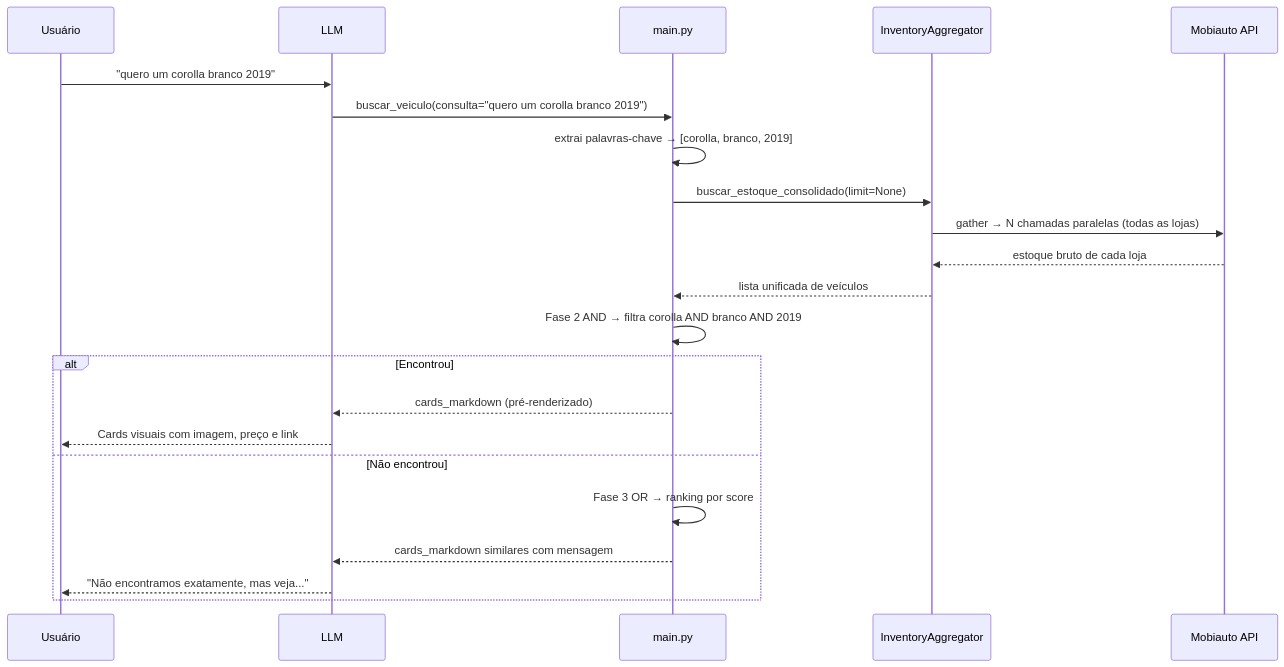
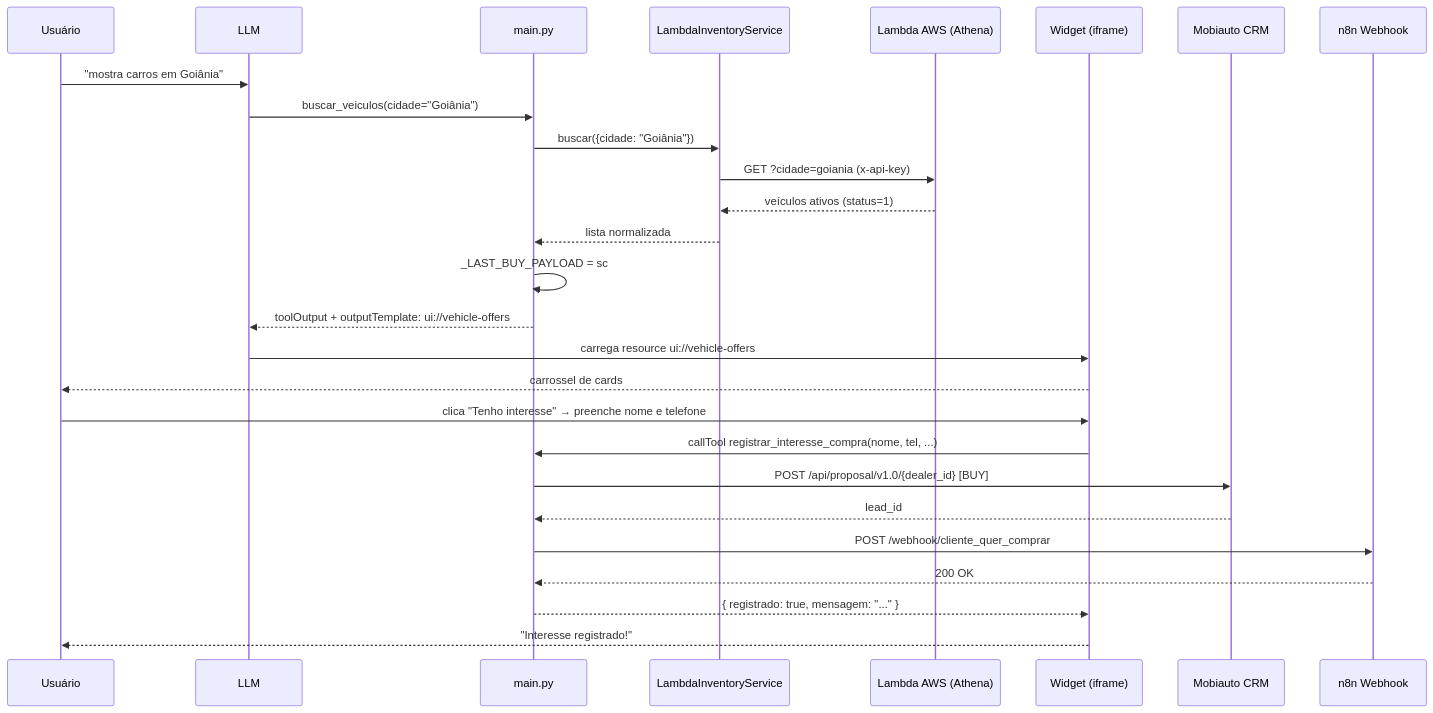
Before and after one commit to JoaaoCunhaa/ml-mcp-ia-vendas: the first of 2 diagrams in docs/03_fluxo.md, drawn with Mermaid. The commit also changed other lines of this file and 6 other files, not shown here.

````diff
--- a/docs/03_fluxo.md
+++ b/docs/03_fluxo.md
@@ -161,25 +232,31 @@
 ```mermaid
 sequenceDiagram
     participant U as Usuário
     participant L as LLM
     participant M as main.py
-    participant A as InventoryAggregator
-    participant MB as Mobiauto API
+    participant LS as LambdaInventoryService
+    participant LAMBDA as Lambda AWS (Athena)
+    participant W as Widget (iframe)
+    participant CRM as Mobiauto CRM
+    participant WH as n8n Webhook
 
-    U->>L: "quero um corolla branco 2019"
-    L->>M: buscar_veiculo(consulta="quero um corolla branco 2019")
-    M->>M: extrai palavras-chave → [corolla, branco, 2019]
-    M->>A: buscar_estoque_consolidado(limit=None)
-    A->>MB: gather → N chamadas paralelas (todas as lojas)
-    MB-->>A: estoque bruto de cada loja
-    A-->>M: lista unificada de veículos
-    M->>M: Fase 2 AND → filtra corolla AND branco AND 2019
-    alt Encontrou
-        M-->>L: cards_markdown (pré-renderizado)
-        L-->>U: Cards visuais com imagem, preço e link
-    else Não encontrou
-        M->>M: Fase 3 OR → ranking por score
-        M-->>L: cards_markdown similares com mensagem
-        L-->>U: "Não encontramos exatamente, mas veja..."
-    end
+    U->>L: "mostra carros em Goiânia"
+    L->>M: buscar_veiculos(cidade="Goiânia")
+    M->>LS: buscar({cidade: "Goiânia"})
+    LS->>LAMBDA: GET ?cidade=goiania (x-api-key)
+    LAMBDA-->>LS: veículos ativos (status=1)
+    LS-->>M: lista normalizada
+    M->>M: _LAST_BUY_PAYLOAD = sc
+    M-->>L: toolOutput + outputTemplate: ui://vehicle-offers
+    L->>W: carrega resource ui://vehicle-offers
+    W-->>U: carrossel de cards
+
+    U->>W: clica "Tenho interesse" → preenche nome e telefone
+    W->>M: callTool registrar_interesse_compra(nome, tel, ...)
+    M->>CRM: POST /api/proposal/v1.0/{dealer_id} [BUY]
+    CRM-->>M: lead_id
+    M->>WH: POST /webhook/cliente_quer_comprar
+    WH-->>M: 200 OK
+    M-->>W: { registrado: true, mensagem: "..." }
+    W-->>U: "Interesse registrado!"
 ```
````
